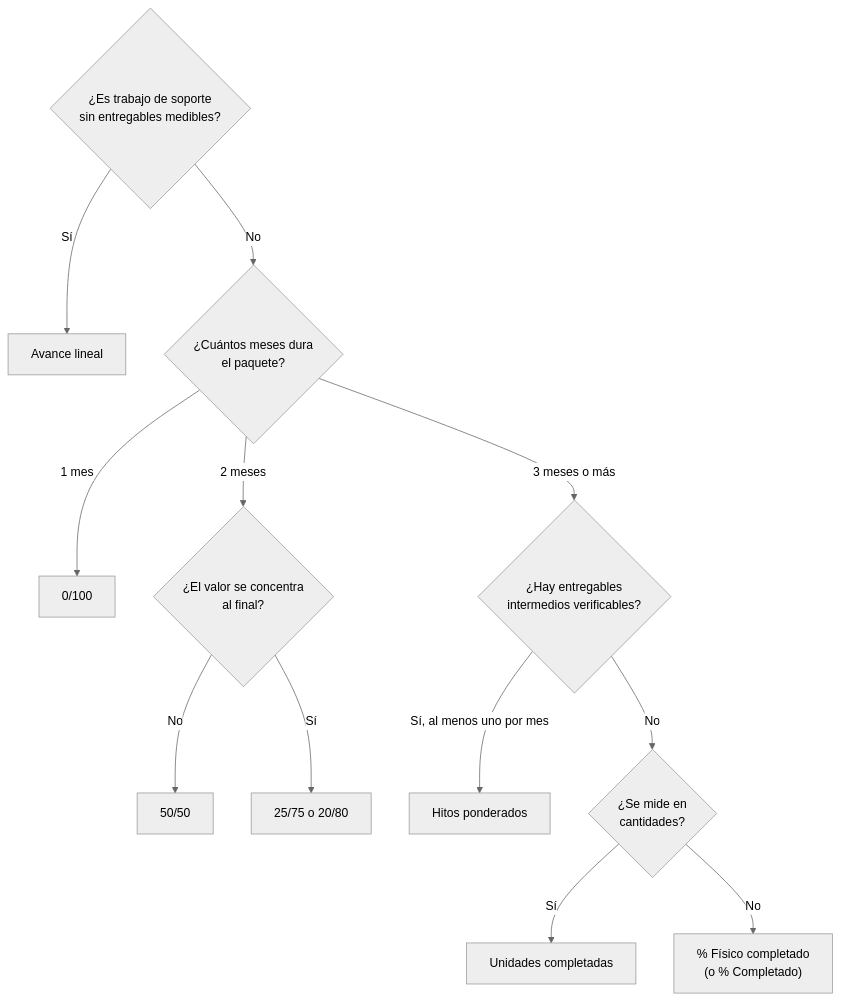
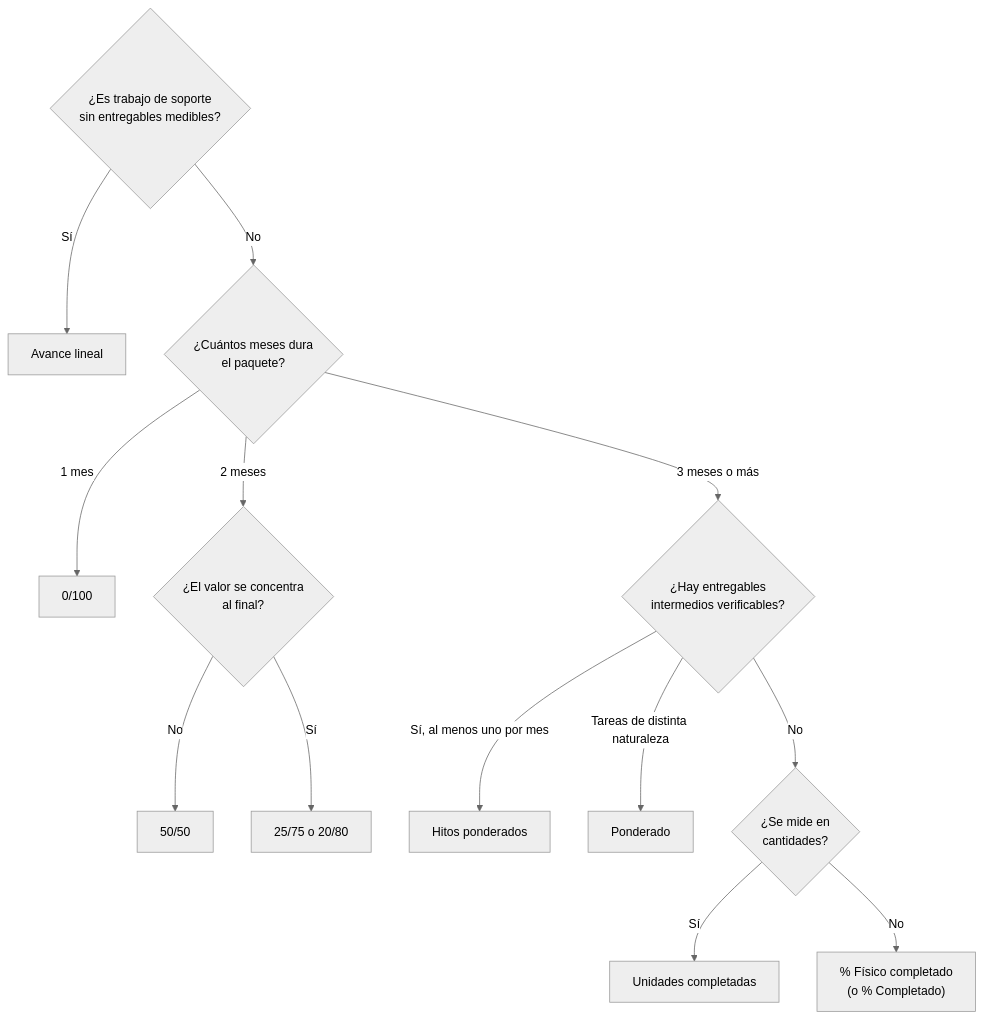
The second of 3 diagrams in docs/metodos-de-medicion.md (MarceloSalazar/evm-automation), drawn with Mermaid (neutral theme) before and after one commit. The commit also changed other lines of this file and 17 other files, not shown here.

````diff
--- a/docs/metodos-de-medicion.md
+++ b/docs/metodos-de-medicion.md
@@ -329,14 +351,15 @@
 ```mermaid
 flowchart TD
     A{"¿Es trabajo de soporte<br/>sin entregables medibles?"} -- "Sí" --> LOE["Avance lineal"]
     A -- "No" --> B{"¿Cuántos meses dura<br/>el paquete?"}
     B -- "1 mes" --> Z["0/100"]
     B -- "2 meses" --> C{"¿El valor se concentra<br/>al final?"}
     C -- "No" --> F50["50/50"]
     C -- "Sí" --> F20["25/75 o 20/80"]
     B -- "3 meses o más" --> D{"¿Hay entregables<br/>intermedios verificables?"}
     D -- "Sí, al menos uno por mes" --> H["Hitos ponderados"]
+    D -- "Tareas de distinta naturaleza" --> PO["Ponderado"]
     D -- "No" --> E{"¿Se mide en<br/>cantidades?"}
     E -- "Sí" --> U["Unidades completadas"]
     E -- "No" --> P["% Físico completado<br/>(o % Completado)"]
 ```
````
